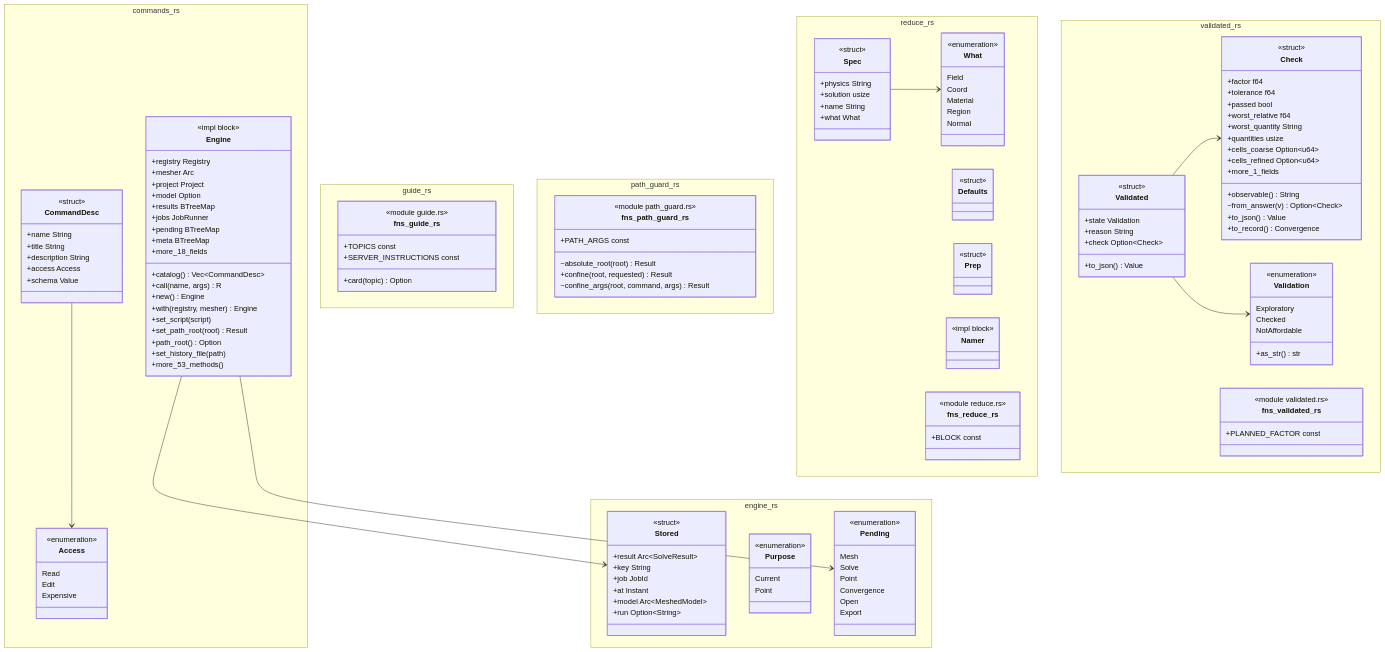
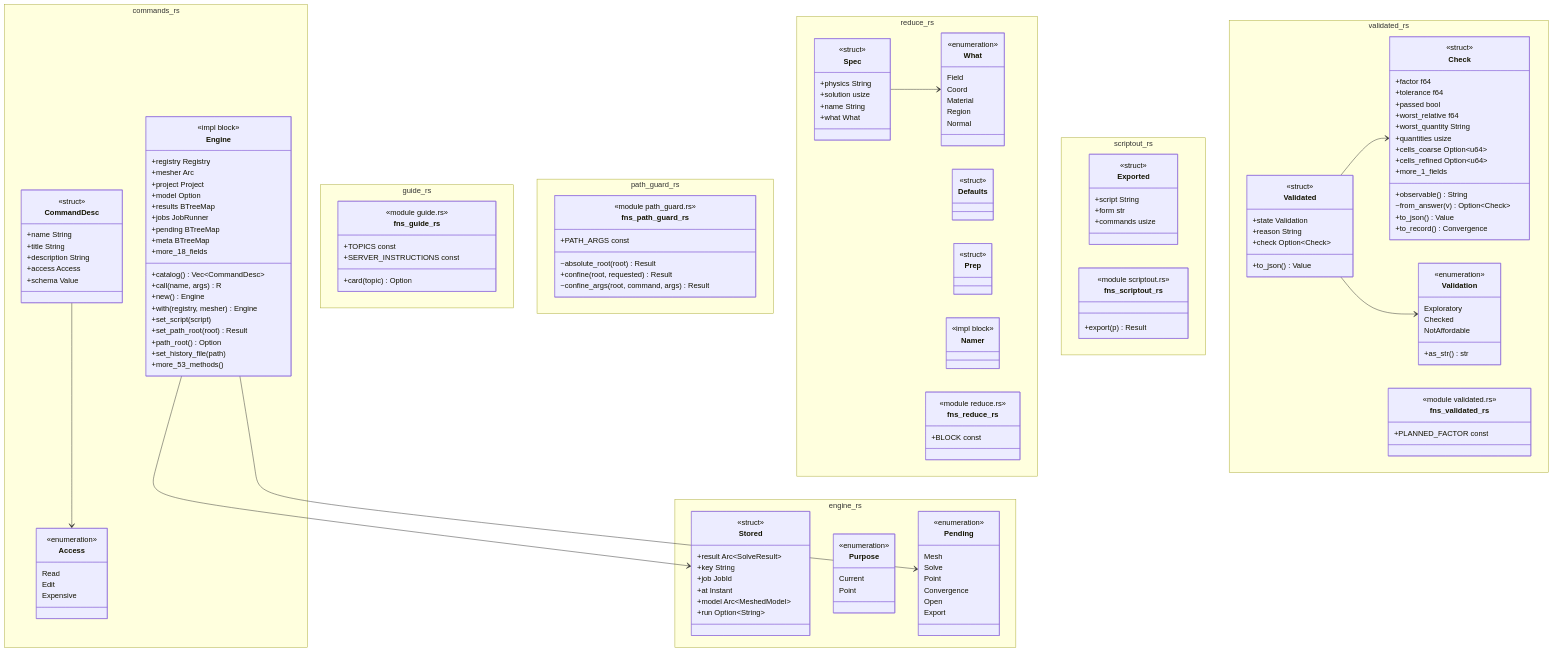
Before and after one commit to p-j-r/nyx: the diagram in docs/architecture/c4/4-code/engine/commands.md, drawn with Mermaid. The commit also changed other lines of this file and 39 other files, not shown here.

```diff
--- a/docs/architecture/c4/4-code/engine/commands.md
+++ b/docs/architecture/c4/4-code/engine/commands.md
@@ -170,6 +171,18 @@
         +BLOCK const
     }
   }
+  namespace scriptout_rs {
+    class Exported {
+        <<struct>>
+        +script String
+        +form str
+        +commands usize
+    }
+    class fns_scriptout_rs {
+        <<module scriptout.rs>>
+        +export(p) Result
+    }
+  }
   namespace validated_rs {
     class Check {
         <<struct>>
```
